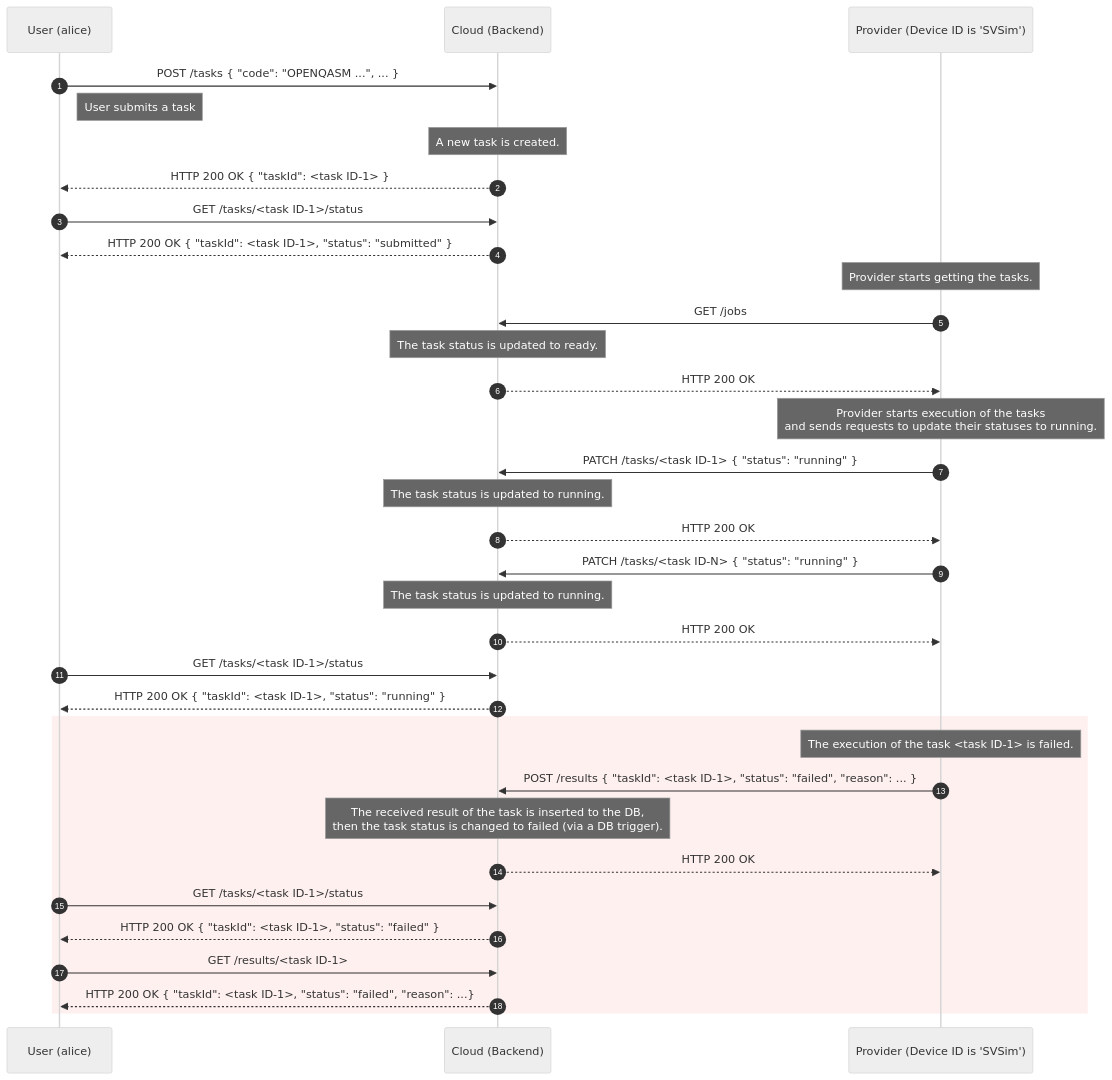
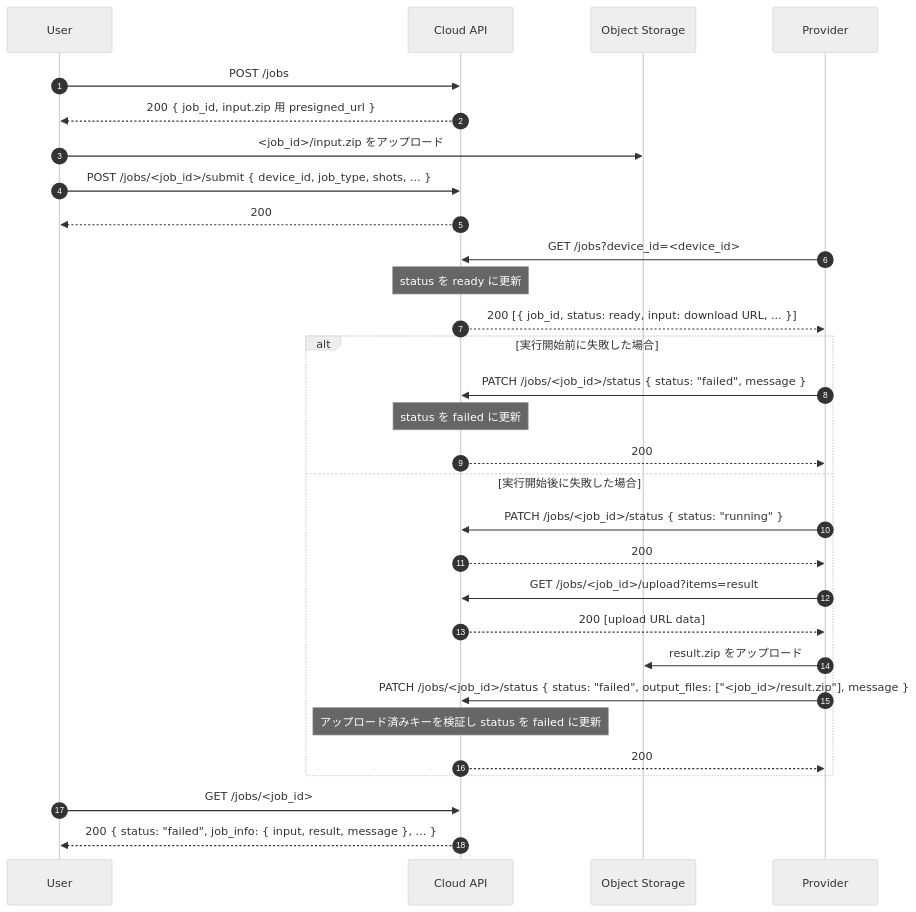
Before and after one commit to oqtopus-team/oqtopus-cloud: the second of 3 diagrams in docs/ja/architecture/sequence_diagram.md, drawn with Mermaid (neutral theme). The commit also changed other lines of this file and 6 other files, not shown here.

Commit message:
docs: clarify S3-based job storage flow and artifact format (#466)

````diff
--- a/docs/ja/architecture/sequence_diagram.md
+++ b/docs/ja/architecture/sequence_diagram.md
@@ -87,45 +63,36 @@
 ```mermaid
 sequenceDiagram
     autonumber
-    participant User as User (alice)
-    participant Cloud as Cloud (Backend)
-    participant Provider as Provider (Device ID is 'SVSim')
+    participant User as User
+    participant Cloud as Cloud API
+    participant Storage as Object Storage
+    participant Provider as Provider
 
-    User->>Cloud: POST /tasks { "code": "OPENQASM ...", ... }
-    Note right of User: User submits a task
-    Note over Cloud: A new task is created.
-    Cloud-->>User: HTTP 200 OK { "taskId": <task ID-1> }
+    User->>Cloud: POST /jobs
+    Cloud-->>User: 200 { job_id, input.zip 用 presigned_url }
+    User->>Storage: <job_id>/input.zip をアップロード
+    User->>Cloud: POST /jobs/<job_id>/submit { device_id, job_type, shots, ... }
+    Cloud-->>User: 200
 
-    User->>Cloud: GET /tasks/<task ID-1>/status
-    Cloud-->>User: HTTP 200 OK { "taskId": <task ID-1>, "status": "submitted" }
+    Provider->>Cloud: GET /jobs?device_id=<device_id>
+    Note over Cloud: status を ready に更新
+    Cloud-->>Provider: 200 [{ job_id, status: ready, input: download URL, ... }]
 
-    Note over Provider: Provider starts getting the tasks.
-    Provider->>Cloud: GET /jobs
-    Note over Cloud: The task status is updated to ready.
-    Cloud-->>Provider: HTTP 200 OK
+    alt 実行開始前に失敗した場合
+        Provider->>Cloud: PATCH /jobs/<job_id>/status { status: "failed", message }
+        Note over Cloud: status を failed に更新
+        Cloud-->>Provider: 200
+    else 実行開始後に失敗した場合
+        Provider->>Cloud: PATCH /jobs/<job_id>/status { status: "running" }
+        Cloud-->>Provider: 200
+        Provider->>Cloud: GET /jobs/<job_id>/upload?items=result
+        Cloud-->>Provider: 200 [upload URL data]
+        Provider->>Storage: result.zip をアップロード
+        Provider->>Cloud: PATCH /jobs/<job_id>/status { status: "failed", output_files: ["<job_id>/result.zip"], message }
+        Note over Cloud: アップロード済みキーを検証し status を failed に更新
+        Cloud-->>Provider: 200
+    end
 
-    Note over Provider: Provider starts execution of the tasks<br>and sends requests to update their statuses to running.
-    Provider->>Cloud: PATCH /tasks/<task ID-1> { "status": "running" }
-    Note over Cloud: The task status is updated to running.
-    Cloud-->>Provider: HTTP 200 OK
-
-    Provider->>Cloud: PATCH /tasks/<task ID-N> { "status": "running" }
-    Note over Cloud: The task status is updated to running.
-    Cloud-->>Provider: HTTP 200 OK
-
-    User->>Cloud: GET /tasks/<task ID-1>/status
-    Cloud-->>User: HTTP 200 OK { "taskId": <task ID-1>, "status": "running" }
-
-    rect rgb(255, 240, 240)
-        Note over Provider: The execution of the task <task ID-1> is failed.
-        Provider->>Cloud: POST /results { "taskId": <task ID-1>, "status": "failed", "reason": ... }
-        Note over Cloud: The received result of the task is inserted to the DB,<br> then the task status is changed to failed (via a DB trigger).
-        Cloud-->>Provider: HTTP 200 OK
-  
-        User->>Cloud: GET /tasks/<task ID-1>/status
-        Cloud-->>User: HTTP 200 OK { "taskId": <task ID-1>, "status": "failed" }
-  
-        User->>Cloud: GET /results/<task ID-1>
-        Cloud-->>User: HTTP 200 OK { "taskId": <task ID-1>, "status": "failed", "reason": ...}
-    end
+    User->>Cloud: GET /jobs/<job_id>
+    Cloud-->>User: 200 { status: "failed", job_info: { input, result, message }, ... }
 ```
````
